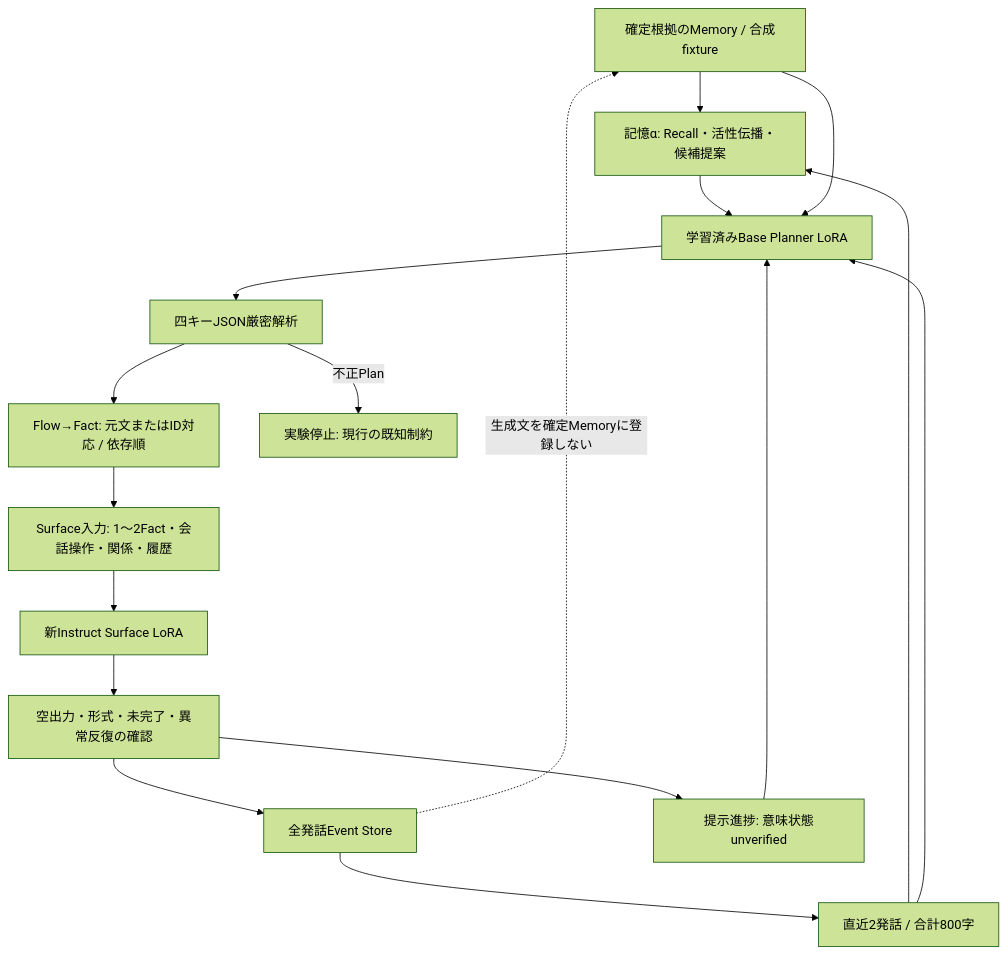
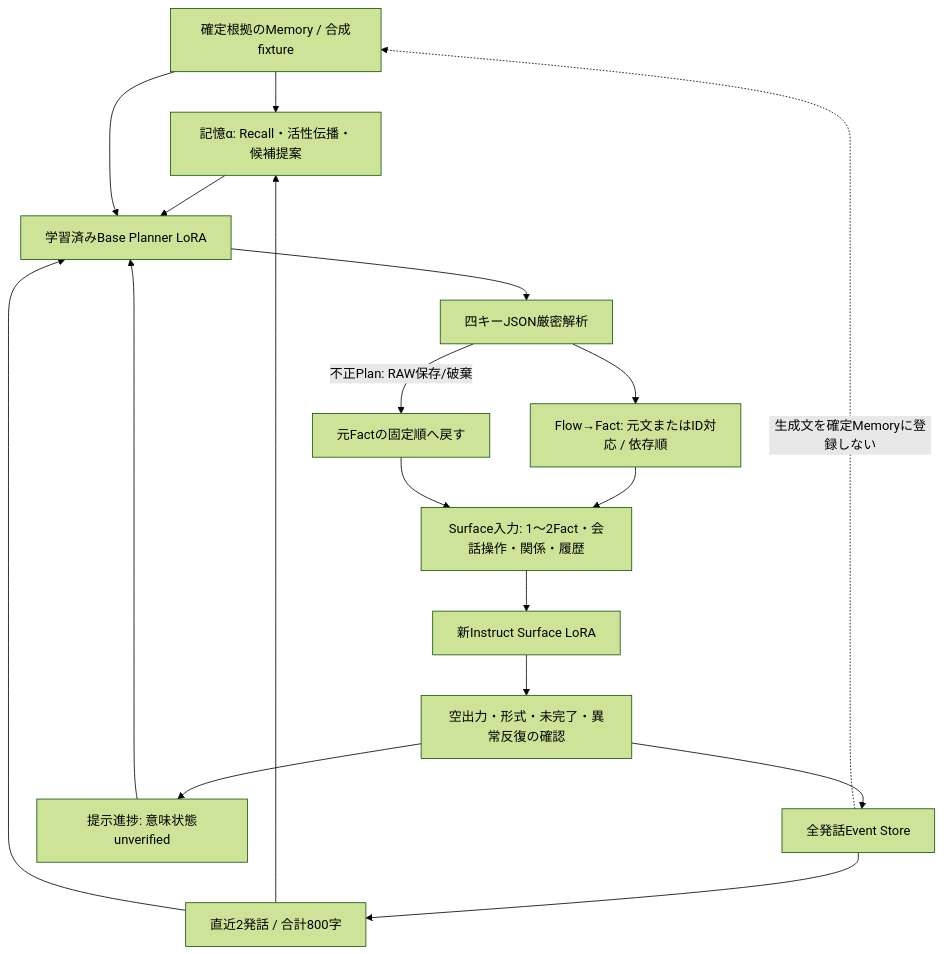
The diagram in v5/ARCHITECTURE.md (siro2462/KawaiiLiveHarness), drawn with Mermaid (forest theme) before and after one commit. The commit also changed other lines of this file and 63 other files, not shown here.

````diff
--- a/v5/ARCHITECTURE.md
+++ b/v5/ARCHITECTURE.md
@@ -3,19 +3,20 @@
 ```mermaid
 flowchart TD
  M[確定根拠のMemory / 合成fixture] --> A[記憶α: Recall・活性伝播・候補提案]
  H[全発話Event Store] --> W[直近2発話 / 合計800字]
  W --> A
  A --> P[学習済みBase Planner LoRA]
  M --> P
  W --> P
  G[提示進捗: 意味状態unverified] --> P
  P --> J[四キーJSON厳密解析]
  J --> F[Flow→Fact: 元文またはID対応 / 依存順]
  F --> S[Surface入力: 1〜2Fact・会話操作・関係・履歴]
  S --> L[新Instruct Surface LoRA]
  L --> C[空出力・形式・未完了・異常反復の確認]
  C --> H
  C --> G
  H -. 生成文を確定Memoryに登録しない .-> M
- J -->|不正Plan| X[実験停止: 現行の既知制約]
+ J -->|不正Plan: RAW保存/破棄| O[元Factの固定順へ戻す]
+ O --> S
 ```
````
